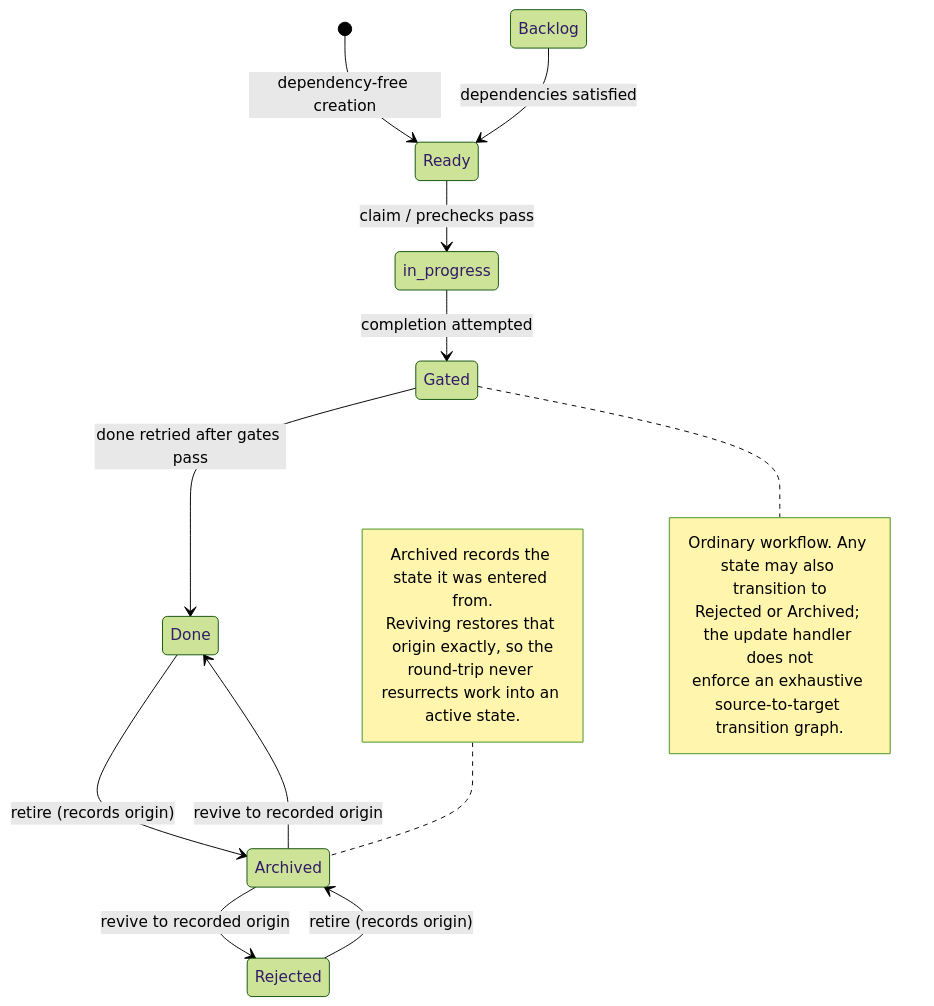
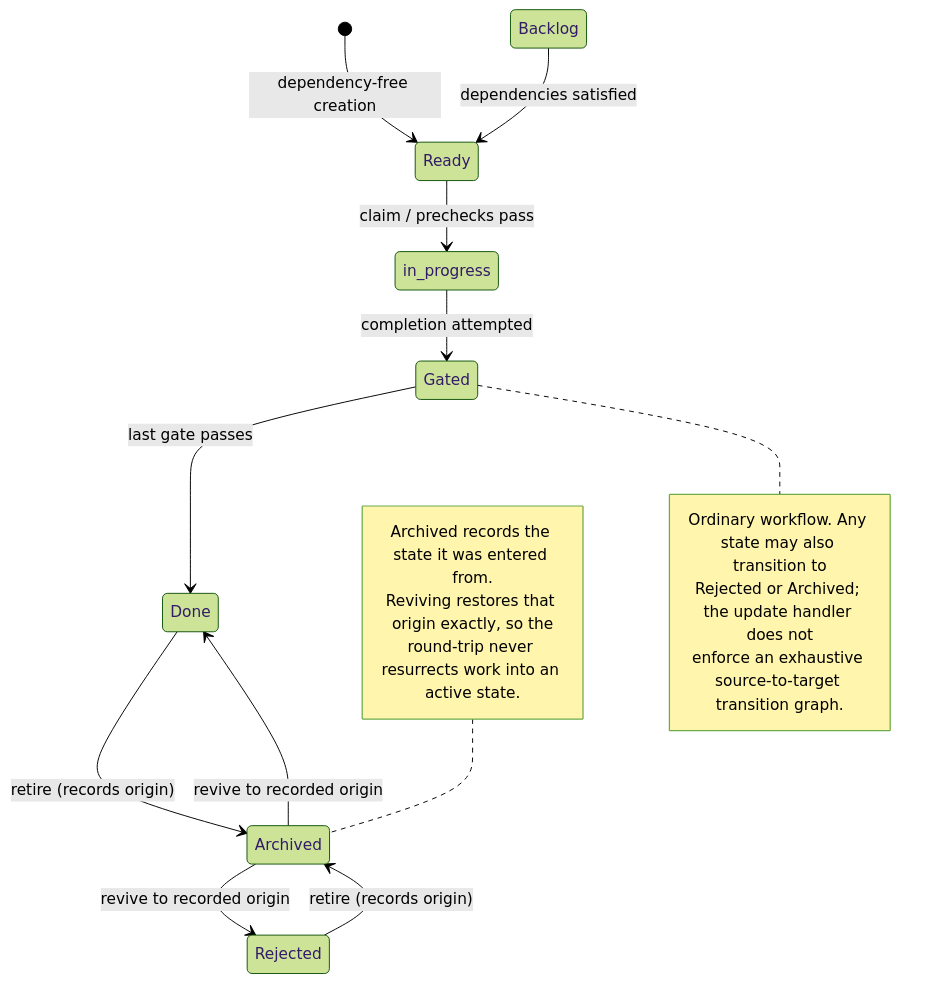
Before and after one commit to erankavija/just-in-time: the seventh of 9 diagrams in docs/concepts/core-model.md, drawn with Mermaid (forest theme). The commit also changed other lines of this file and 12 other files, not shown here.

First line of the commit message:
fix(jit:ddca5431): complete a gated issue when evaluate passes its last auto gate

````diff
--- a/docs/concepts/core-model.md
+++ b/docs/concepts/core-model.md
@@ -744,22 +739,22 @@
 ```mermaid
 stateDiagram-v2
     [*] --> Ready: dependency-free creation
     Backlog --> Ready: dependencies satisfied
     Ready --> in_progress: claim / prechecks pass
     in_progress --> Gated: completion attempted
-    Gated --> Done: done retried after gates pass
+    Gated --> Done: last gate passes
     Done --> Archived: retire (records origin)
     Rejected --> Archived: retire (records origin)
     Archived --> Done: revive to recorded origin
     Archived --> Rejected: revive to recorded origin
     note right of Gated
         Ordinary workflow. Any state may also transition to
         Rejected or Archived; the update handler does not
         enforce an exhaustive source-to-target transition graph.
     end note
     note left of Archived
         Archived records the state it was entered from.
         Reviving restores that origin exactly, so the
         round-trip never resurrects work into an active state.
     end note
 ```
````
